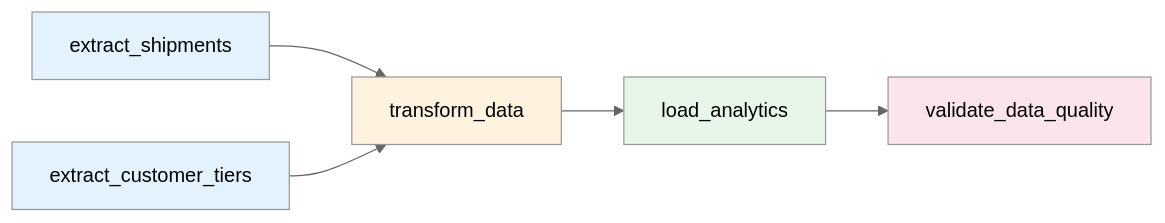
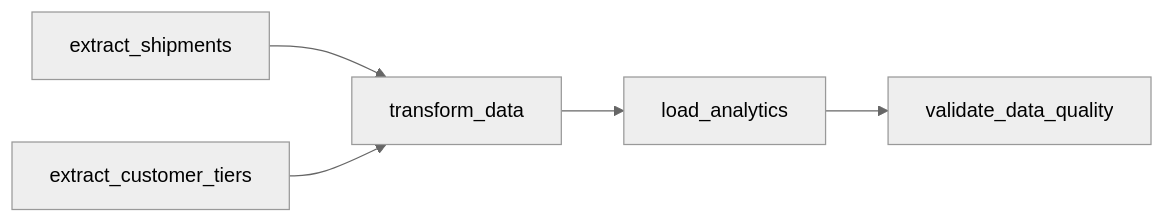
One commit to 0xabdulraheem/rihal-codestacker-de changed the second of 3 diagrams in README.md. Above: the diagram before and after it, drawn with Mermaid (neutral theme). The commit also changed 4 other files, not shown here.

Commit message:
fix: mermaid colors for dark theme, update dashboard with real pipeline data

````diff
--- a/README.md
+++ b/README.md
@@ -124,13 +124,7 @@
 ```mermaid
 flowchart LR
     E1["extract_shipments"] --> T["transform_data"]
     E2["extract_customer_tiers"] --> T
     T --> L["load_analytics"]
     L --> V["validate_data_quality"]
-
-    style E1 fill:#e3f2fd
-    style E2 fill:#e3f2fd
-    style T fill:#fff3e0
-    style L fill:#e8f5e9
-    style V fill:#fce4ec
 ```
````
